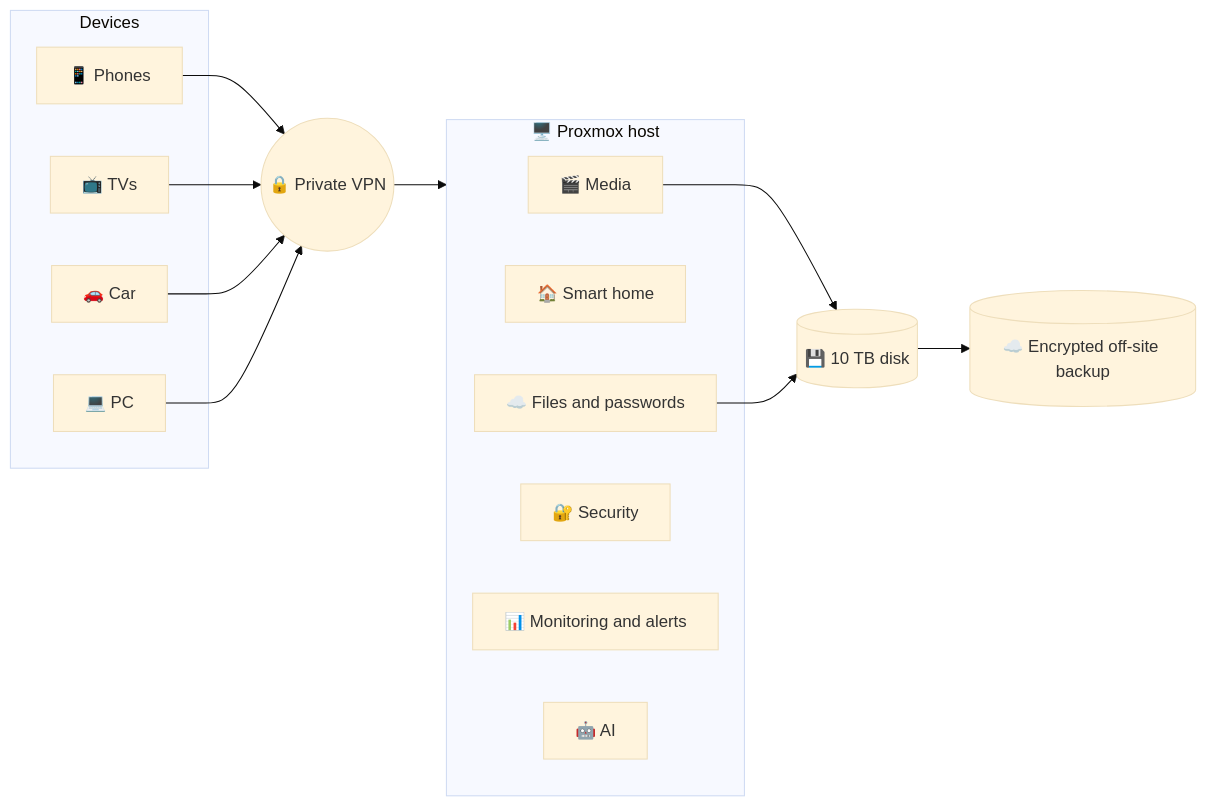
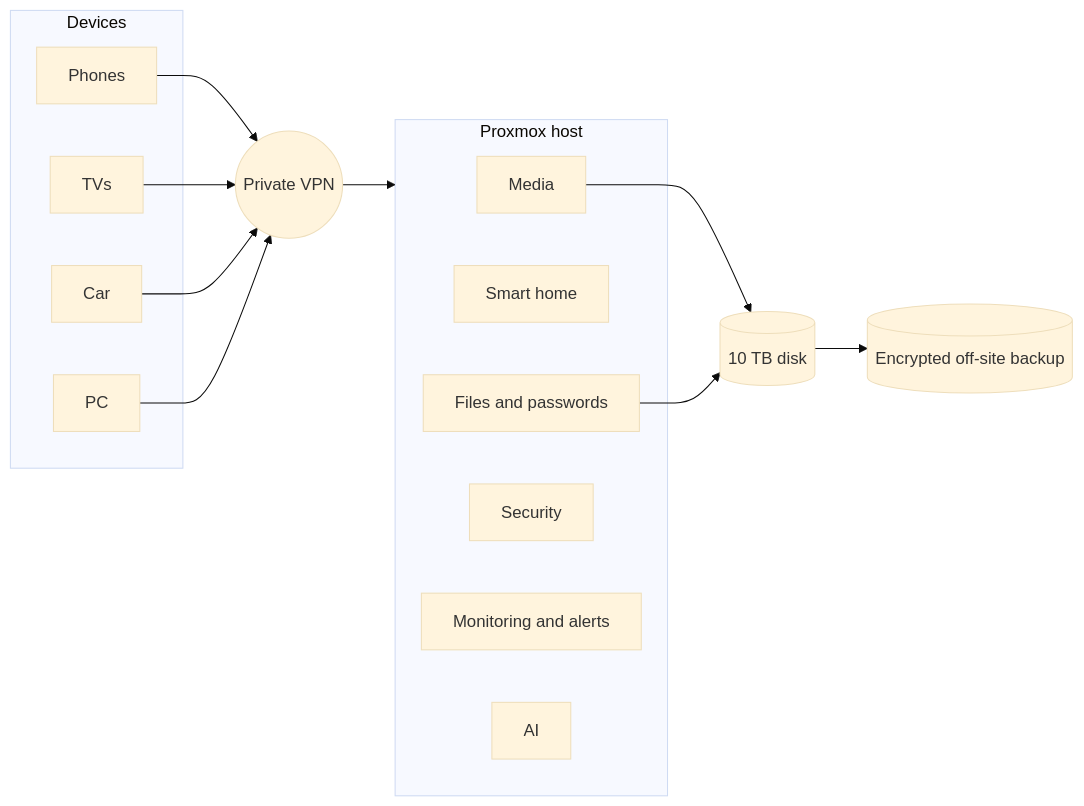
One commit to MohammadIssa04/homelab changed the diagram in README.md. Above: the diagram before and after it, drawn with Mermaid (base theme). The commit also changed other lines of this file, not shown here.

````diff
--- a/README.md
+++ b/README.md
@@ -52,23 +52,23 @@
 ```mermaid
 flowchart LR
     subgraph Devices
-        P[📱 Phones]
-        T[📺 TVs]
-        C[🚗 Car]
-        PC[💻 PC]
+        P[ Phones]
+        T[ TVs]
+        C[ Car]
+        PC[ PC]
     end
-    VPN((🔒 Private VPN))
-    subgraph Server["🖥️ Proxmox host"]
-        M[🎬 Media]
-        H[🏠 Smart home]
-        F[☁️ Files and passwords]
-        S[🔐 Security]
-        O[📊 Monitoring and alerts]
-        A[🤖 AI]
+    VPN(( Private VPN))
+    subgraph Server[" Proxmox host"]
+        M[ Media]
+        H[ Smart home]
+        F[ Files and passwords]
+        S[ Security]
+        O[ Monitoring and alerts]
+        A[ AI]
     end
-    D[(💾 10 TB disk)]
-    B[(☁️ Encrypted off-site backup)]
+    D[( 10 TB disk)]
+    B[( Encrypted off-site backup)]
     P & T & C & PC --> VPN --> Server
     M & F --> D
     D --> B
 ```
````
